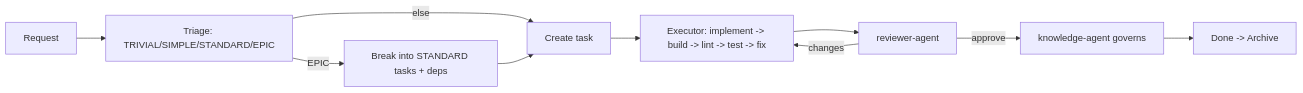
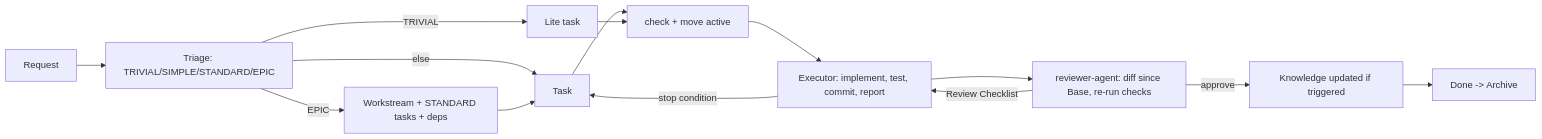
Before and after one commit to Vtquan123/strix: the second of 2 diagrams in README.md, drawn with Mermaid. The commit also changed other lines of this file and 52 other files, not shown here.

````diff
--- a/README.md
+++ b/README.md
@@ -109,12 +109,16 @@
 ```mermaid
 flowchart LR
     REQ[Request] --> TRI[Triage: TRIVIAL/SIMPLE/STANDARD/EPIC]
-    TRI -->|EPIC| BD[Break into STANDARD tasks + deps]
-    TRI -->|else| TSK[Create task]
+    TRI -->|EPIC| BD[Workstream + STANDARD tasks + deps]
+    TRI -->|TRIVIAL| LITE[Lite task]
+    TRI -->|else| TSK[Task]
     BD --> TSK
-    TSK --> EXE[Executor: implement -> build -> lint -> test -> fix]
-    EXE --> REV[reviewer-agent]
-    REV -->|changes| EXE
-    REV -->|approve| GOV[knowledge-agent governs]
+    TSK --> GATE[check + move active]
+    LITE --> GATE
+    GATE --> EXE[Executor: implement, test, commit, report]
+    EXE -->|stop condition| TSK
+    EXE --> REV[reviewer-agent: diff since Base, re-run checks]
+    REV -->|Review Checklist| EXE
+    REV -->|approve| GOV[Knowledge updated if triggered]
     GOV --> DONE[Done -> Archive]
 ```
````
